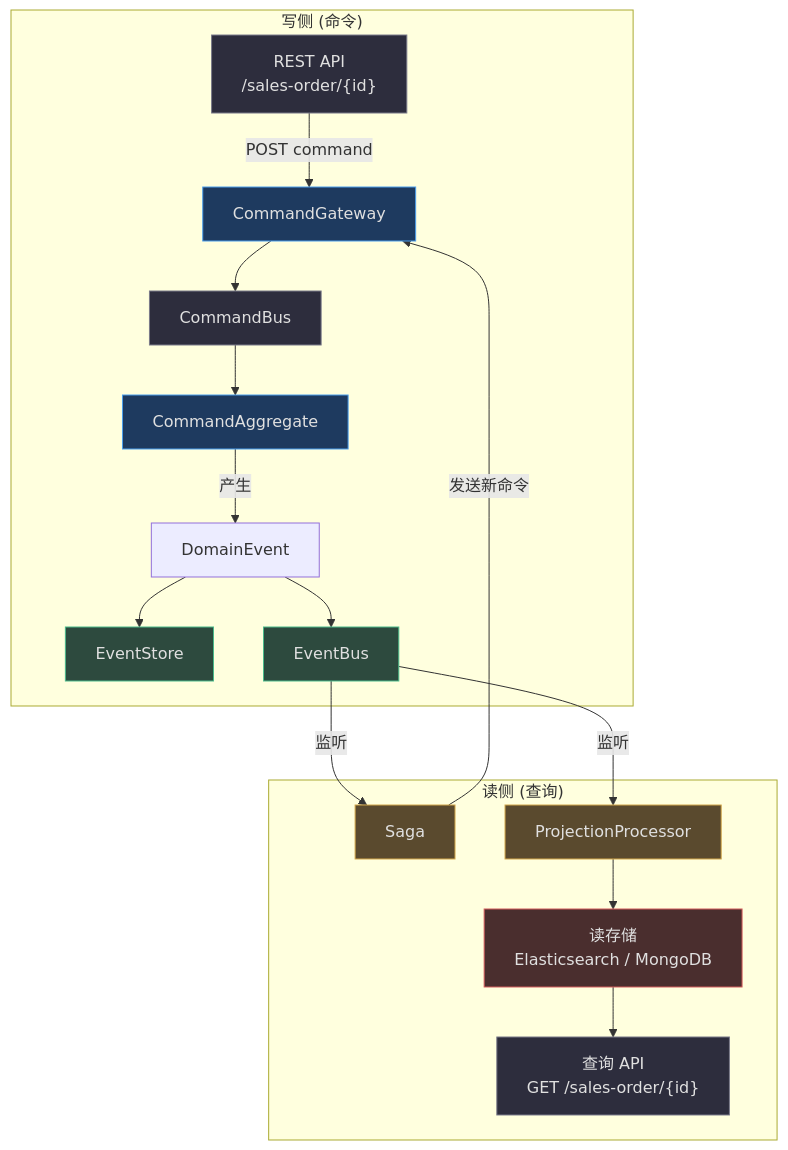
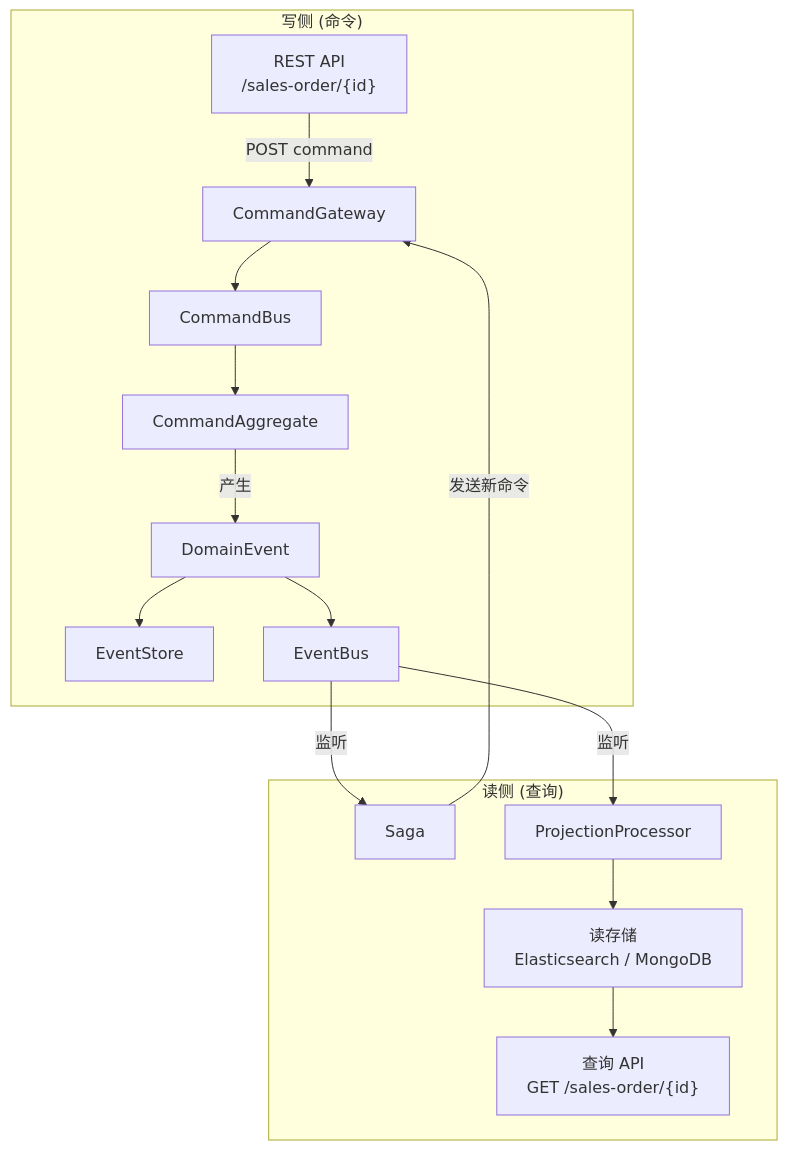
The third of 9 diagrams in documentation/docs/zh/onboarding/contributor-guide.md (Ahoo-Wang/Wow), drawn with Mermaid before and after one commit. The commit also changed other lines of this file and 32 other files, not shown here.

Commit message:
docs: remove unsupported style/classDef directives from stateDiagram-v2 Mermaid blocks

````diff
--- a/documentation/docs/zh/onboarding/contributor-guide.md
+++ b/documentation/docs/zh/onboarding/contributor-guide.md
@@ -234,30 +223,20 @@
 ```mermaid
 graph TB
     subgraph "写侧 (命令)"
         API["REST API<br>/sales-order/{id}"] -->|POST command| GW[CommandGateway]
         GW --> CB[CommandBus]
         CB --> AGG[CommandAggregate]
         AGG -->|产生| EVT[DomainEvent]
         EVT --> ES[EventStore]
         EVT --> EB[EventBus]
     end
 
     subgraph "读侧 (查询)"
         EB -->|监听| SAGA[Saga]
         EB -->|监听| PROJ[ProjectionProcessor]
         SAGA -->|发送新命令| GW
         PROJ --> RS[读存储<br>Elasticsearch / MongoDB]
         RS --> QAPI["查询 API<br>GET /sales-order/{id}"]
     end
 
-    style GW fill:#1e3a5f,stroke:#4a9eed,color:#e0e0e0
-    style AGG fill:#1e3a5f,stroke:#4a9eed,color:#e0e0e0
-    style ES fill:#2d4a3e,stroke:#4aba8a,color:#e0e0e0
-    style EB fill:#2d4a3e,stroke:#4aba8a,color:#e0e0e0
-    style SAGA fill:#5a4a2e,stroke:#d4a84b,color:#e0e0e0
-    style PROJ fill:#5a4a2e,stroke:#d4a84b,color:#e0e0e0
-    style RS fill:#4a2e2e,stroke:#d45b5b,color:#e0e0e0
-    style API fill:#2d2d3d,stroke:#7a7a8a,color:#e0e0e0
-    style QAPI fill:#2d2d3d,stroke:#7a7a8a,color:#e0e0e0
-    style CB fill:#2d2d3d,stroke:#7a7a8a,color:#e0e0e0
 ```
````
